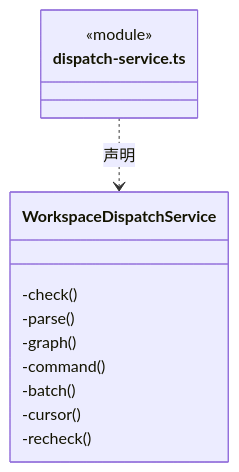
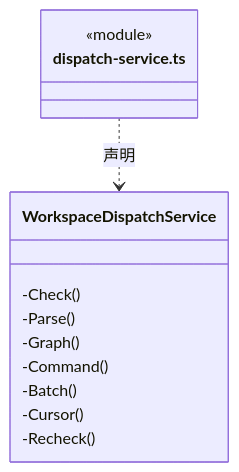
One commit to nan023062/cbim changed the ninth of 15 diagrams in src/logic/dispatch/runtime/ARCHITECTURE.md. Above: the diagram before and after it, drawn with Mermaid. The commit also changed other lines of this file and 1035 other files, not shown here.

````diff
--- a/src/logic/dispatch/runtime/ARCHITECTURE.md
+++ b/src/logic/dispatch/runtime/ARCHITECTURE.md
@@ -295,16 +295,16 @@
 ```mermaid
 classDiagram
 class N_src_logic_dispatch_runtime_dispatch_service_ts["dispatch-service.ts"] {
   <<module>>
 }
 class N_src_logic_dispatch_runtime_dispatch_service_ts_WorkspaceDispatchService["WorkspaceDispatchService"] {
-  -check()
-  -parse()
-  -graph()
-  -command()
-  -batch()
-  -cursor()
-  -recheck()
+  -Check()
+  -Parse()
+  -Graph()
+  -Command()
+  -Batch()
+  -Cursor()
+  -Recheck()
 }
 N_src_logic_dispatch_runtime_dispatch_service_ts ..> N_src_logic_dispatch_runtime_dispatch_service_ts_WorkspaceDispatchService : 声明
 ```
````
